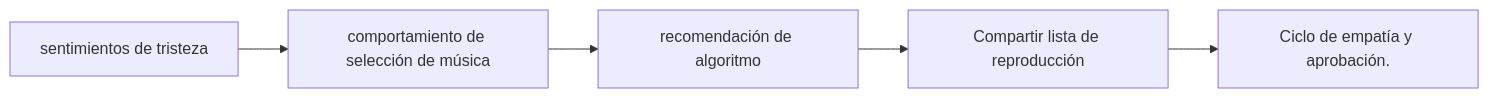
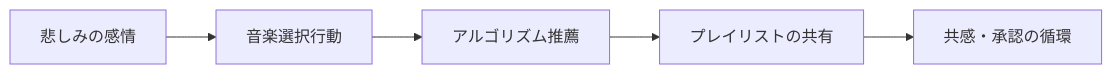
Before and after one commit to monumental-movement/monumental-movement.github.io: the second of 4 diagrams in es/_posts/2025-10-23-column-why-we-listen-to-music-when-sad.md, drawn with Mermaid. The commit also changed other lines of this file and 299 other files, not shown here.

```diff
--- a/es/_posts/2025-10-23-column-why-we-listen-to-music-when-sad.md
+++ b/es/_posts/2025-10-23-column-why-we-listen-to-music-when-sad.md
@@ -136,9 +136,9 @@
 <div class="mermaid">
 
 graph LR
-    A[sentimientos de tristeza] --> B[comportamiento de selección de música]
-    B --> C[recomendación de algoritmo]
-    C --> D[Compartir lista de reproducción]
-    D --> E[Ciclo de empatía y aprobación.]
+    A[悲しみの感情] --> B[音楽選択行動]
+    B --> C[アルゴリズム推薦]
+    C --> D[プレイリストの共有]
+    D --> E[共感・承認の循環]
 
 </div>
```
